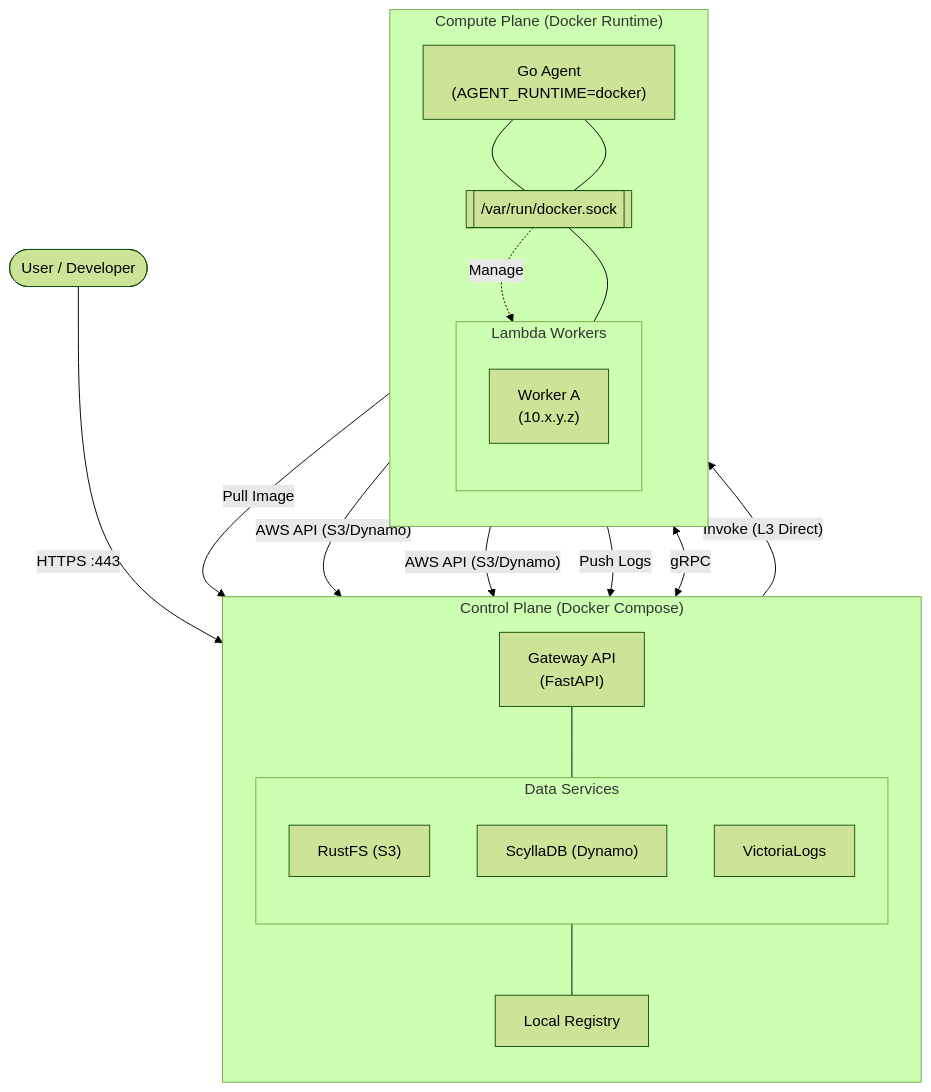
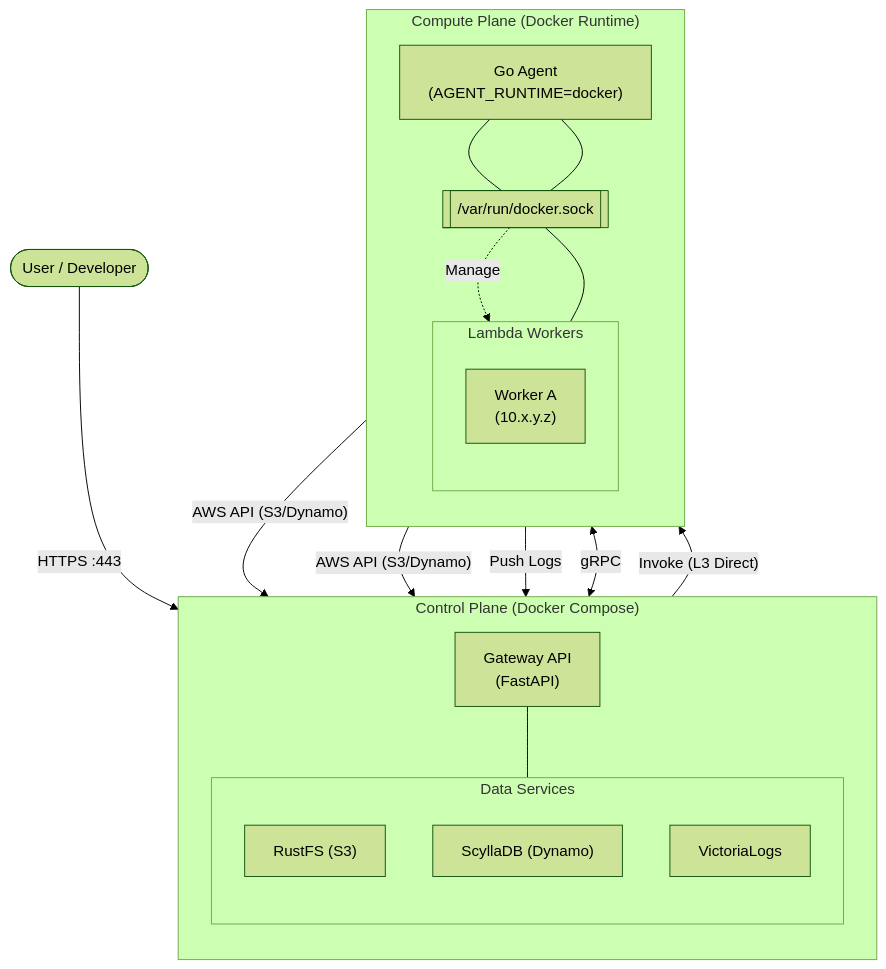
The first of 4 diagrams in docs/architecture-containerd.md (poruru-code/esb), drawn with Mermaid (forest theme) before and after one commit. The commit also changed other lines of this file and 24 other files, not shown here.

````diff
--- a/docs/architecture-containerd.md
+++ b/docs/architecture-containerd.md
@@ -13,49 +13,46 @@
 ```mermaid
 flowchart TD
     Client(["User / Developer"]) -->|"HTTPS :443"| Gateway
     
     subgraph CP ["Control Plane (Docker Compose)"]
         direction TB
         Gateway["Gateway API<br/>(FastAPI)"]
         
         subgraph DS ["Data Services"]
             direction TB
             RustFS["RustFS (S3)"]
             ScyllaDB["ScyllaDB (Dynamo)"]
             VL["VictoriaLogs"]
         end
 
-        Registry["Local Registry"]
-        
         %% Vertical Stack
         Gateway --- DS
-        DS --- Registry
     end
 
     subgraph CMP ["Compute Plane (Docker Runtime)"]
         direction TB
         Agent["Go Agent<br/>(AGENT_RUNTIME=docker)"]
         DockerSock[["/var/run/docker.sock"]]
         
         subgraph LW ["Lambda Workers"]
             direction TB
             WorkerA["Worker A<br/>(10.x.y.z)"]
         end
         
         %% Vertical Stack
         Agent --- DockerSock
         DockerSock --- LW
     end
 
     %% Interactions
     Gateway <-->|"gRPC"| Agent
     Agent --- DockerSock
     DockerSock -.->|"Manage"| WorkerA
-    Agent -->|"Pull Image"| Registry
+    %% Registry is not used in Docker mode
 
     %% Networking
     Gateway -->|"Invoke (L3 Direct)"| WorkerA
     WorkerA -->|"AWS API (S3/Dynamo)"| RustFS
     WorkerA -->|"AWS API (S3/Dynamo)"| ScyllaDB
     WorkerA -->|"Push Logs"| VL
 ```
````
